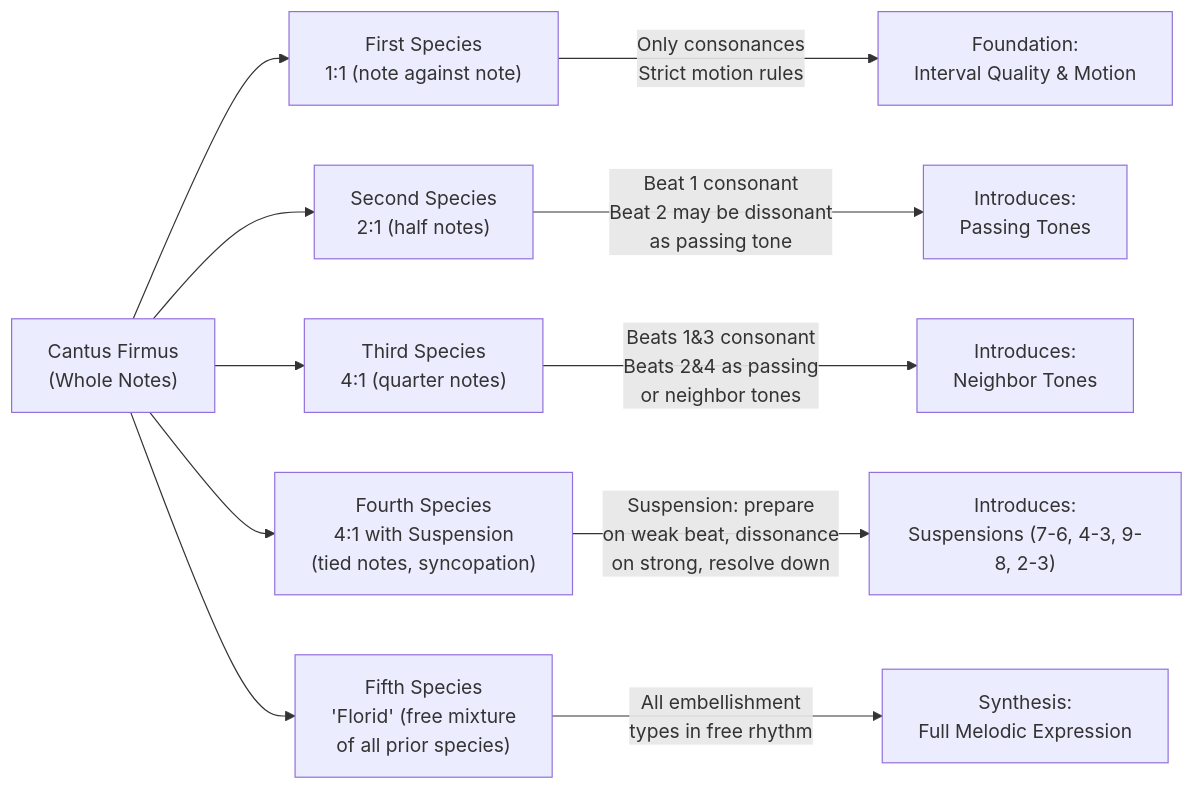
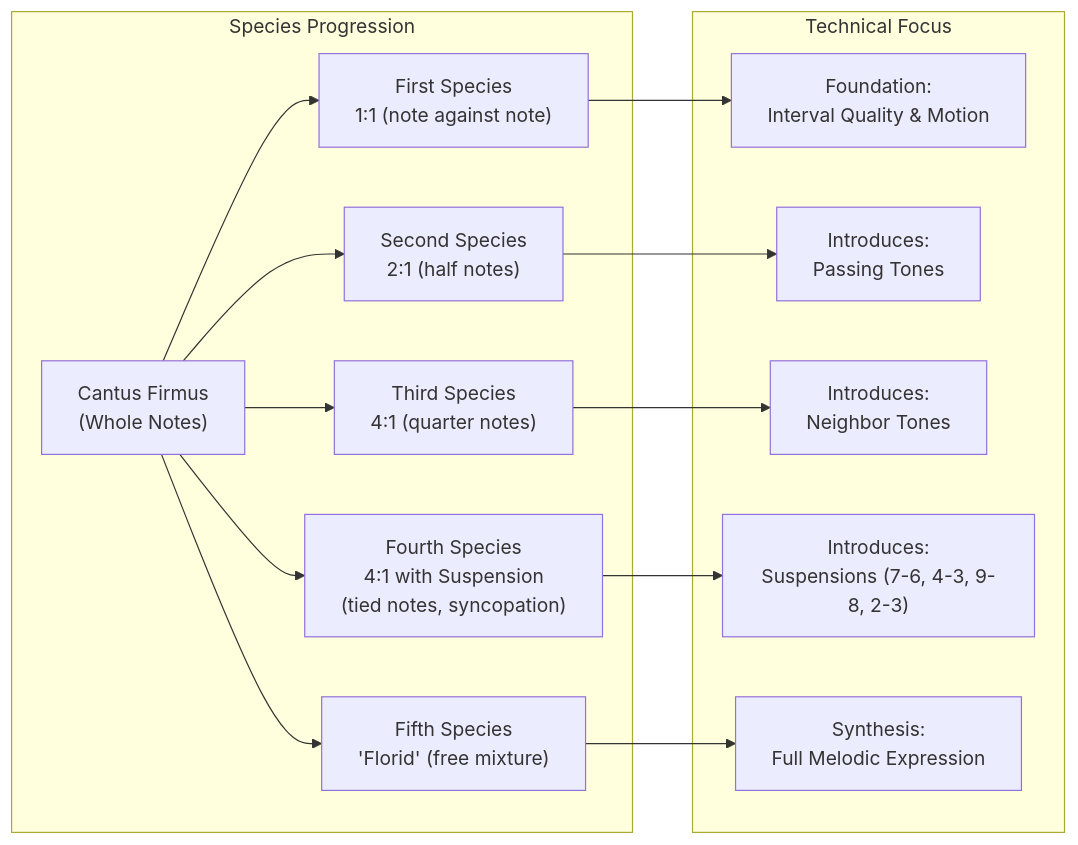
The second of 4 diagrams in topics/arts/composition/counterpoint/lesson_01_counterpoint_fundamentals.md (blebleblee/synapse), drawn with Mermaid before and after one commit. The commit also changed other lines of this file and 4 other files, not shown here.

````diff
--- a/topics/arts/composition/counterpoint/lesson_01_counterpoint_fundamentals.md
+++ b/topics/arts/composition/counterpoint/lesson_01_counterpoint_fundamentals.md
@@ -105,14 +106,30 @@
 ```mermaid
 graph LR
-    CF["Cantus Firmus\n(Whole Notes)"] --> S1["First Species\n1:1 (note against note)"]
-    CF --> S2["Second Species\n2:1 (half notes)"]
-    CF --> S3["Third Species\n4:1 (quarter notes)"]
-    CF --> S4["Fourth Species\n4:1 with Suspension\n(tied notes, syncopation)"]
-    CF --> S5["Fifth Species\n'Florid' (free mixture\nof all prior species)"]
-
-    S1 -->|"Only consonances\nStrict motion rules"| R1["Foundation:\nInterval Quality & Motion"]
-    S2 -->|"Beat 1 consonant\nBeat 2 may be dissonant\nas passing tone"| R2["Introduces:\nPassing Tones"]
-    S3 -->|"Beats 1&3 consonant\nBeats 2&4 as passing\nor neighbor tones"| R3["Introduces:\nNeighbor Tones"]
-    S4 -->|"Suspension: prepare\non weak beat, dissonance\non strong, resolve down"| R4["Introduces:\nSuspensions (7-6, 4-3, 9-8, 2-3)"]
-    S5 -->|"All embellishment\ntypes in free rhythm"| R5["Synthesis:\nFull Melodic Expression"]
+    subgraph sub_species ["Species Progression"]
+        CF["Cantus Firmus<br/>(Whole Notes)"]
+        S1["First Species<br/>1:1 (note against note)"]
+        S2["Second Species<br/>2:1 (half notes)"]
+        S3["Third Species<br/>4:1 (quarter notes)"]
+        S4["Fourth Species<br/>4:1 with Suspension<br/>(tied notes, syncopation)"]
+        S5["Fifth Species<br/>'Florid' (free mixture)"]
+    end
+    
+    subgraph sub_techniques ["Technical Focus"]
+        R1["Foundation:<br/>Interval Quality & Motion"]
+        R2["Introduces:<br/>Passing Tones"]
+        R3["Introduces:<br/>Neighbor Tones"]
+        R4["Introduces:<br/>Suspensions (7-6, 4-3, 9-8, 2-3)"]
+        R5["Synthesis:<br/>Full Melodic Expression"]
+    end
+    
+    CF --> S1
+    CF --> S2
+    CF --> S3
+    CF --> S4
+    CF --> S5
+    S1 --> R1
+    S2 --> R2
+    S3 --> R3
+    S4 --> R4
+    S5 --> R5
 ```
````
